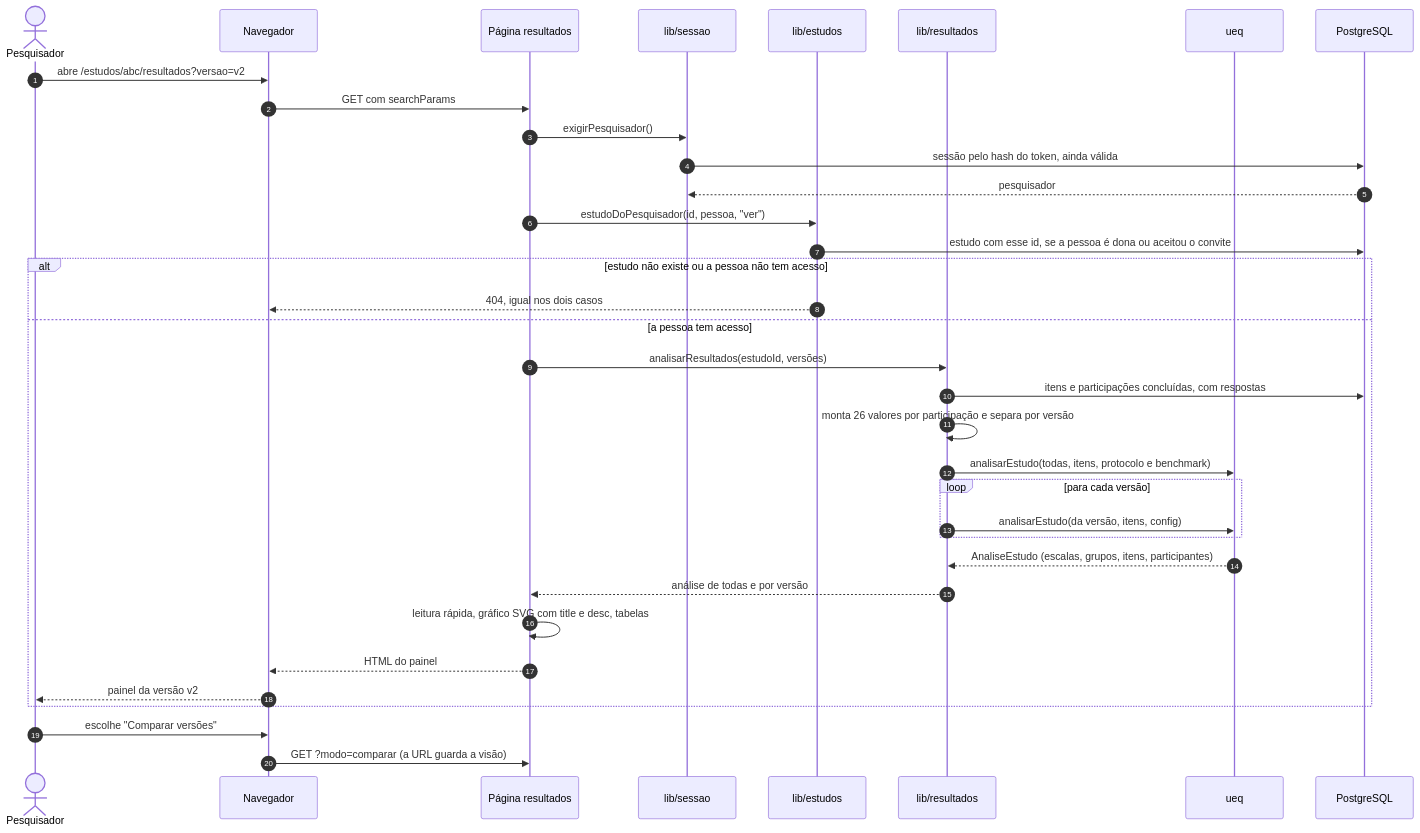
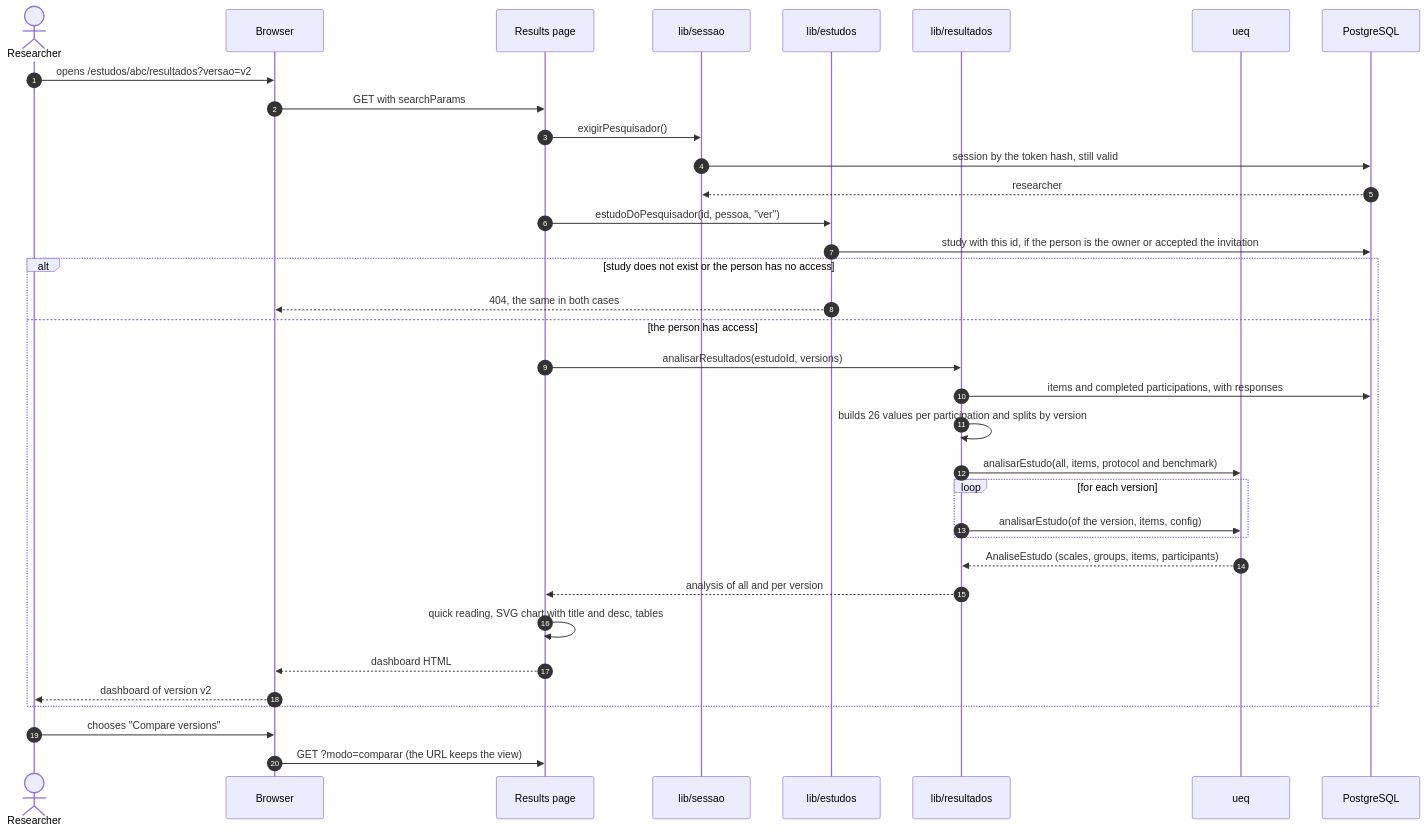
The diagram in docs/documentacao/fontes/diagramas-de-sequencia-3.mmd (gabrielfjm/ueq_form_ihc), drawn with Mermaid before and after one commit. The commit also changed 151 other files, not shown here.

First line of the commit message:
mostra a documentação no idioma da interface, com os diagramas em inglês

```diff
--- a/docs/documentacao/fontes/diagramas-de-sequencia-3.mmd
+++ b/docs/documentacao/fontes/diagramas-de-sequencia-3.mmd
@@ -1,36 +1,36 @@
 sequenceDiagram
     autonumber
-    actor Pesq as Pesquisador
-    participant Nav as Navegador
-    participant Pag as Página resultados
+    actor Pesq as Researcher
+    participant Nav as Browser
+    participant Pag as Results page
     participant Sessao as lib/sessao
     participant Estudos as lib/estudos
     participant Res as lib/resultados
     participant Ueq as ueq
     participant BD as PostgreSQL
 
-    Pesq->>Nav: abre /estudos/abc/resultados?versao=v2
-    Nav->>Pag: GET com searchParams
+    Pesq->>Nav: opens /estudos/abc/resultados?versao=v2
+    Nav->>Pag: GET with searchParams
     Pag->>Sessao: exigirPesquisador()
-    Sessao->>BD: sessão pelo hash do token, ainda válida
-    BD-->>Sessao: pesquisador
+    Sessao->>BD: session by the token hash, still valid
+    BD-->>Sessao: researcher
     Pag->>Estudos: estudoDoPesquisador(id, pessoa, "ver")
-    Estudos->>BD: estudo com esse id, se a pessoa é dona ou aceitou o convite
-    alt estudo não existe ou a pessoa não tem acesso
-        Estudos-->>Nav: 404, igual nos dois casos
-    else a pessoa tem acesso
-        Pag->>Res: analisarResultados(estudoId, versões)
-        Res->>BD: itens e participações concluídas, com respostas
-        Res->>Res: monta 26 valores por participação e separa por versão
-        Res->>Ueq: analisarEstudo(todas, itens, protocolo e benchmark)
-        loop para cada versão
-            Res->>Ueq: analisarEstudo(da versão, itens, config)
+    Estudos->>BD: study with this id, if the person is the owner or accepted the invitation
+    alt study does not exist or the person has no access
+        Estudos-->>Nav: 404, the same in both cases
+    else the person has access
+        Pag->>Res: analisarResultados(estudoId, versions)
+        Res->>BD: items and completed participations, with responses
+        Res->>Res: builds 26 values per participation and splits by version
+        Res->>Ueq: analisarEstudo(all, items, protocol and benchmark)
+        loop for each version
+            Res->>Ueq: analisarEstudo(of the version, items, config)
         end
-        Ueq-->>Res: AnaliseEstudo (escalas, grupos, itens, participantes)
-        Res-->>Pag: análise de todas e por versão
-        Pag->>Pag: leitura rápida, gráfico SVG com title e desc, tabelas
-        Pag-->>Nav: HTML do painel
-        Nav-->>Pesq: painel da versão v2
+        Ueq-->>Res: AnaliseEstudo (scales, groups, items, participants)
+        Res-->>Pag: analysis of all and per version
+        Pag->>Pag: quick reading, SVG chart with title and desc, tables
+        Pag-->>Nav: dashboard HTML
+        Nav-->>Pesq: dashboard of version v2
     end
-    Pesq->>Nav: escolhe "Comparar versões"
-    Nav->>Pag: GET ?modo=comparar (a URL guarda a visão)
+    Pesq->>Nav: chooses "Compare versions"
+    Nav->>Pag: GET ?modo=comparar (the URL keeps the view)
```
